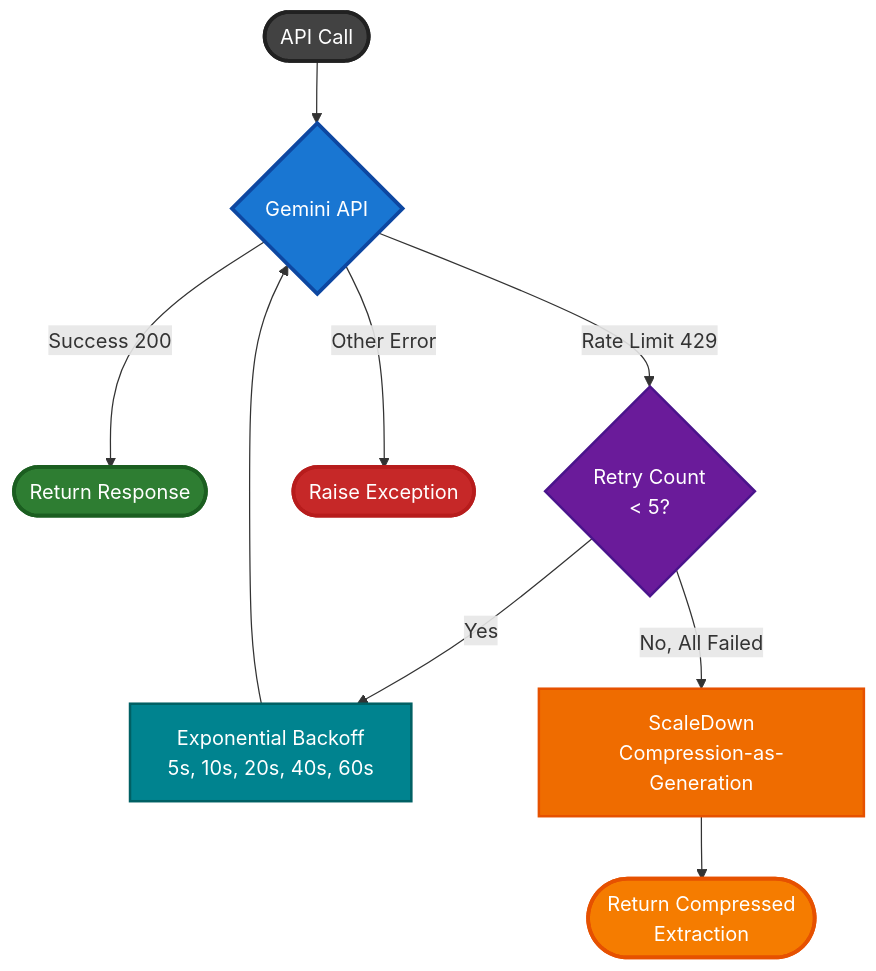
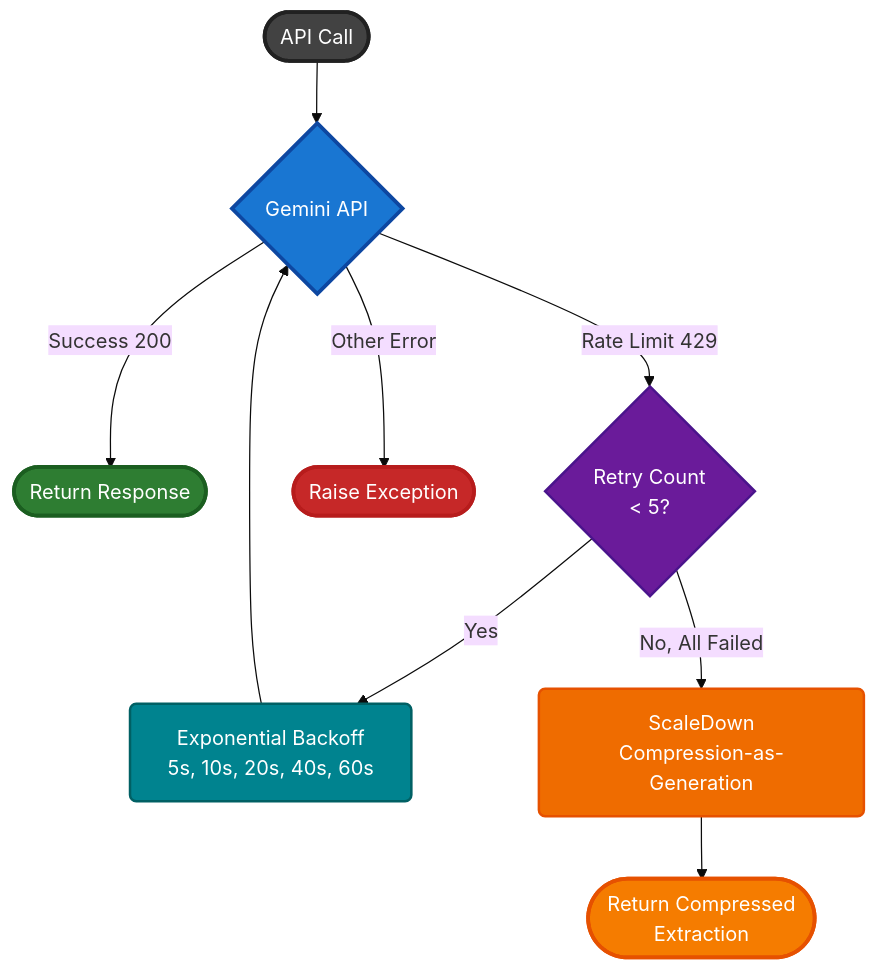
One commit to invaderinvalid/RAG changed the eighth of 8 diagrams in README.md. Above: the diagram before and after it, drawn with Mermaid. The commit also changed other lines of this file, not shown here.

````diff
--- a/README.md
+++ b/README.md
@@ -613,24 +609,25 @@
 ```mermaid
+%%{init: {'theme':'base','themeVariables':{'fontFamily':'sans-serif'}}}%%
 flowchart TD
     Start([API Call]) --> Gemini{Gemini API}
     
     Gemini -->|Success 200| Success([Return Response])
     Gemini -->|Rate Limit 429| Retry{Retry Count<br/>< 5?}
     
     Retry -->|Yes| Wait[Exponential Backoff<br/>5s, 10s, 20s, 40s, 60s]
     Wait --> Gemini
     
     Retry -->|No, All Failed| Fallback[ScaleDown<br/>Compression-as-Generation]
     Fallback --> FallbackSuccess([Return Compressed<br/>Extraction])
     
     Gemini -->|Other Error| Fail([Raise Exception])
     
-    style Start fill:#424242,stroke:#212121,stroke-width:3px,color:#fff
-    style Gemini fill:#1976d2,stroke:#0d47a1,stroke-width:3px,color:#fff
-    style Success fill:#2e7d32,stroke:#1b5e20,stroke-width:3px,color:#fff
-    style FallbackSuccess fill:#f57c00,stroke:#e65100,stroke-width:3px,color:#fff
-    style Fail fill:#c62828,stroke:#b71c1c,stroke-width:3px,color:#fff
-    style Retry fill:#6a1b9a,stroke:#4a148c,stroke-width:2px,color:#fff
-    style Wait fill:#00838f,stroke:#006064,stroke-width:2px,color:#fff
-    style Fallback fill:#ef6c00,stroke:#e65100,stroke-width:2px,color:#fff
+    style Start fill:#424242,stroke:#212121,stroke-width:3px,color:#fff,rx:10,ry:10
+    style Gemini fill:#1976d2,stroke:#0d47a1,stroke-width:3px,color:#fff,rx:5,ry:5
+    style Success fill:#2e7d32,stroke:#1b5e20,stroke-width:3px,color:#fff,rx:10,ry:10
+    style FallbackSuccess fill:#f57c00,stroke:#e65100,stroke-width:3px,color:#fff,rx:10,ry:10
+    style Fail fill:#c62828,stroke:#b71c1c,stroke-width:3px,color:#fff,rx:10,ry:10
+    style Retry fill:#6a1b9a,stroke:#4a148c,stroke-width:2px,color:#fff,rx:5,ry:5
+    style Wait fill:#00838f,stroke:#006064,stroke-width:2px,color:#fff,rx:5,ry:5
+    style Fallback fill:#ef6c00,stroke:#e65100,stroke-width:2px,color:#fff,rx:5,ry:5
 ```
````
